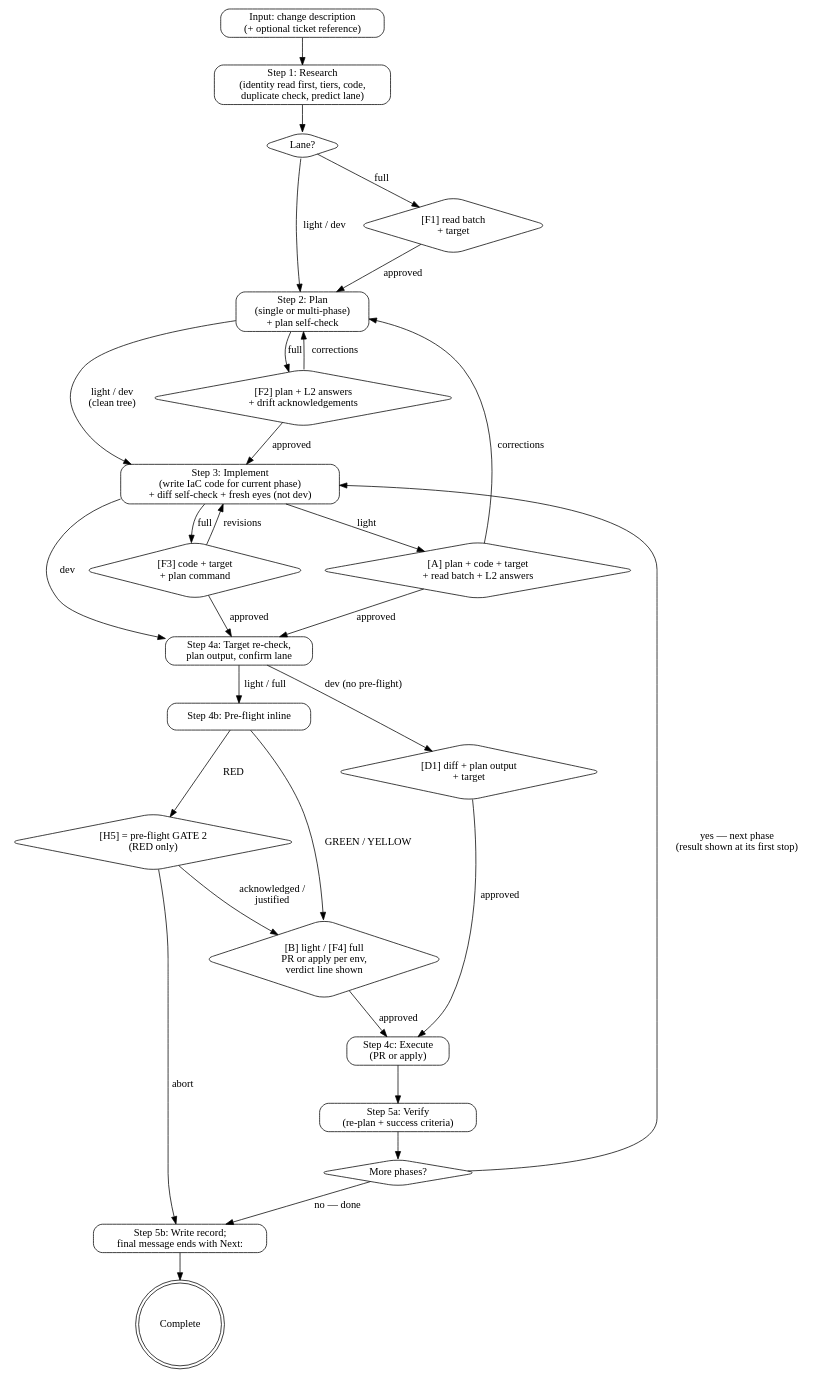
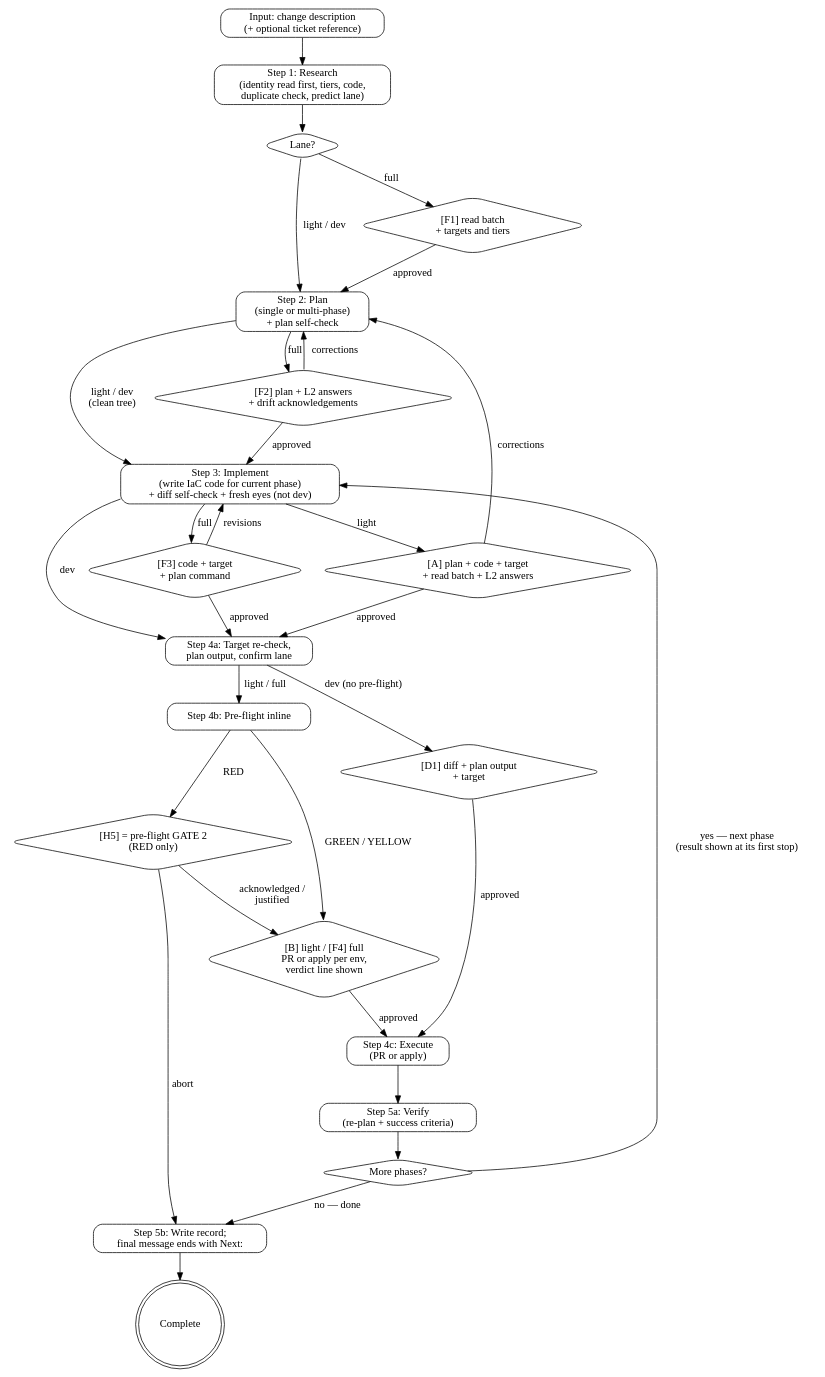
The diagram in skills/iac-change-execution/SKILL.md (culiops/culiops-skills), drawn with Graphviz before and after one commit. The commit also changed other lines of this file and 1 other file, not shown here.

````diff
--- a/skills/iac-change-execution/SKILL.md
+++ b/skills/iac-change-execution/SKILL.md
@@ -93,55 +93,55 @@
 ```dot
 digraph iac_change {
     rankdir=TB;
     node [shape=box, style=rounded];
 
     input     [label="Input: change description\n(+ optional ticket reference)"];
     research  [label="Step 1: Research\n(identity read first, tiers, code,\nduplicate check, predict lane)"];
     lane      [label="Lane?", shape=diamond];
-    f1        [label="[F1] read batch\n+ target", shape=diamond];
+    f1        [label="[F1] read batch\n+ targets and tiers", shape=diamond];
     plan      [label="Step 2: Plan\n(single or multi-phase)\n+ plan self-check"];
     f2        [label="[F2] plan + L2 answers\n+ drift acknowledgements", shape=diamond];
     implement [label="Step 3: Implement\n(write IaC code for current phase)\n+ diff self-check + fresh eyes (not dev)"];
     f3        [label="[F3] code + target\n+ plan command", shape=diamond];
     a         [label="[A] plan + code + target\n+ read batch + L2 answers", shape=diamond];
     planout   [label="Step 4a: Target re-check,\nplan output, confirm lane"];
     preflight [label="Step 4b: Pre-flight inline"];
     h5        [label="[H5] = pre-flight GATE 2\n(RED only)", shape=diamond];
     execstop  [label="[B] light / [F4] full\nPR or apply per env,\nverdict line shown", shape=diamond];
     d1        [label="[D1] diff + plan output\n+ target", shape=diamond];
     execute   [label="Step 4c: Execute\n(PR or apply)"];
     verify    [label="Step 5a: Verify\n(re-plan + success criteria)"];
     phase     [label="More phases?", shape=diamond];
     record    [label="Step 5b: Write record;\nfinal message ends with Next:"];
 
     input -> research -> lane;
     lane -> f1           [label="full"];
     lane -> plan         [label="light / dev"];
     f1 -> plan           [label="approved"];
     plan -> f2           [label="full"];
     plan -> implement    [label="light / dev\n(clean tree)"];
     f2 -> implement      [label="approved"];
     f2 -> plan           [label="corrections"];
     implement -> f3      [label="full"];
     implement -> a       [label="light"];
     implement -> planout [label="dev"];
     f3 -> planout        [label="approved"];
     f3 -> implement      [label="revisions"];
     a -> planout         [label="approved"];
     a -> plan            [label="corrections"];
     planout -> preflight [label="light / full"];
     planout -> d1        [label="dev (no pre-flight)"];
     preflight -> execstop [label="GREEN / YELLOW"];
     preflight -> h5      [label="RED"];
     h5 -> execstop       [label="acknowledged /\njustified"];
     h5 -> record         [label="abort"];
     d1 -> execute        [label="approved"];
     execstop -> execute  [label="approved"];
     execute -> verify -> phase;
     phase -> implement   [label="yes — next phase\n(result shown at its first stop)"];
     phase -> record      [label="no — done"];
     record -> done;
 
     done [label="Complete", shape=doublecircle];
 }
 ```
````
